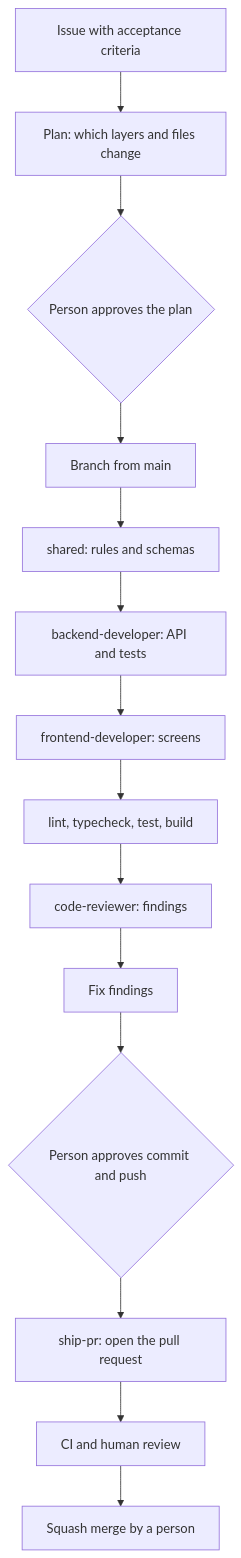
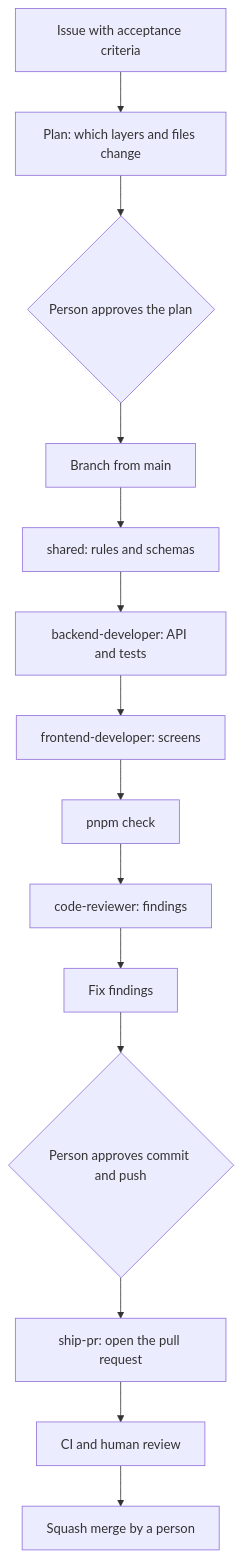
One commit to maiconlara/imc-calculator changed the diagram in docs/agents.md. Above: the diagram before and after it, drawn with Mermaid. The commit also changed other lines of this file and 11 other files, not shown here.

````diff
--- a/docs/agents.md
+++ b/docs/agents.md
@@ -38,16 +41,16 @@
 ```mermaid
 flowchart TD
   issue["Issue with acceptance criteria"] --> plan["Plan: which layers and files change"]
   plan --> approve{"Person approves the plan"}
   approve --> branch["Branch from main"]
   branch --> shared["shared: rules and schemas"]
   shared --> backend["backend-developer: API and tests"]
   backend --> frontend["frontend-developer: screens"]
-  frontend --> checks["lint, typecheck, test, build"]
+  frontend --> checks["pnpm check"]
   checks --> review["code-reviewer: findings"]
   review --> fix["Fix findings"]
   fix --> commit{"Person approves commit and push"}
   commit --> pr["ship-pr: open the pull request"]
   pr --> ci["CI and human review"]
   ci --> merge["Squash merge by a person"]
 ```
````
